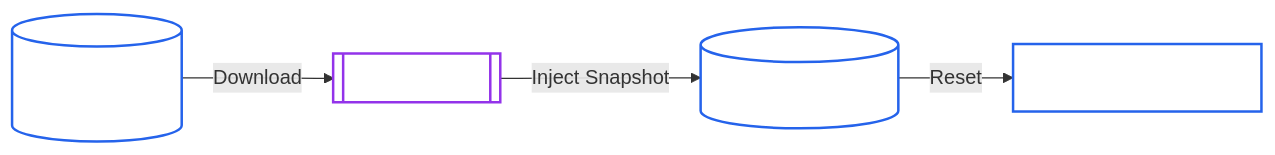
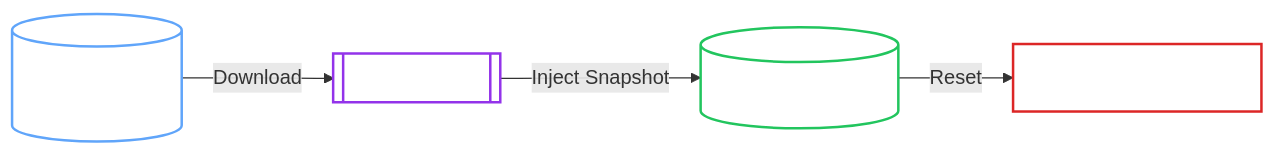
The diagram in docs/user-guide/openbaorestore/overview.md (dc-tec/openbao-operator), drawn with Mermaid before and after one commit. The commit also changed 48 other files, not shown here.

````diff
--- a/docs/user-guide/openbaorestore/overview.md
+++ b/docs/user-guide/openbaorestore/overview.md
@@ -11,12 +11,16 @@
 ```mermaid
 graph LR
     Bucket[("fa:fa-bucket Cloud Storage\n(S3/GCS/Azure)")] -->|Download| Job[["fa:fa-file-arrow-down Restore Job"]]
     Job -->|Inject Snapshot| Cluster[("fa:fa-server OpenBao Cluster")]
     Cluster -->|Reset| Key["fa:fa-key New Unseal Key"]
     
-    classDef storage fill:transparent,stroke:#2563eb,stroke-width:2px,color:#fff;
+    classDef read fill:transparent,stroke:#60a5fa,stroke-width:2px,color:#fff;
+    classDef write fill:transparent,stroke:#22c55e,stroke-width:2px,color:#fff;
     classDef process fill:transparent,stroke:#9333ea,stroke-width:2px,color:#fff;
+    classDef security fill:transparent,stroke:#dc2626,stroke-width:2px,color:#fff;
     
-    class Bucket,Cluster,Key storage;
+    class Bucket read;
     class Job process;
+    class Cluster write;
+    class Key security;
 ```
````
